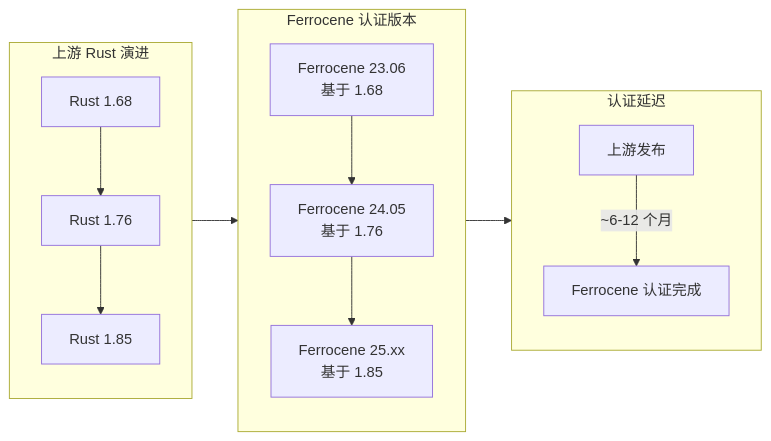
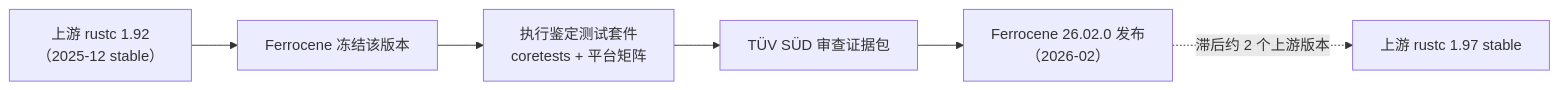
The first of 2 diagrams in concept/07_future/03_preview_features/12_ferrocene_preview.md (martin-ly/rust-lang), drawn with Mermaid before and after one commit. The commit also changed other lines of this file and 203 other files, not shown here.

````diff
--- a/concept/07_future/03_preview_features/12_ferrocene_preview.md
+++ b/concept/07_future/03_preview_features/12_ferrocene_preview.md
@@ -185,19 +98,8 @@
 ```mermaid
 graph LR
-    subgraph 上游演进["上游 Rust 演进"]
-        A["Rust 1.68"] --> B["Rust 1.76"]
-        B --> C["Rust 1.85"]
-    end
-
-    subgraph Ferrocene版本["Ferrocene 认证版本"]
-        D["Ferrocene 23.06<br/>基于 1.68"] --> E["Ferrocene 24.05<br/>基于 1.76"]
-        E --> F["Ferrocene 25.xx<br/>基于 1.85"]
-    end
-
-    subgraph 延迟["认证延迟"]
-        G["上游发布"] -->|"~6-12 个月"| H["Ferrocene 认证完成"]
-    end
-
-    上游演进 --> Ferrocene版本
-    Ferrocene版本 --> 延迟
+    A["上游 rustc 1.92<br/>（2025-12 stable）"] --> B["Ferrocene 冻结该版本"]
+    B --> C["执行鉴定测试套件<br/>coretests + 平台矩阵"]
+    C --> D["TÜV SÜD 审查证据包"]
+    D --> E["Ferrocene 26.02.0 发布<br/>（2026-02）"]
+    E -.->|"滞后约 2 个上游版本"| F["上游 rustc 1.97 stable"]
 ```
````
